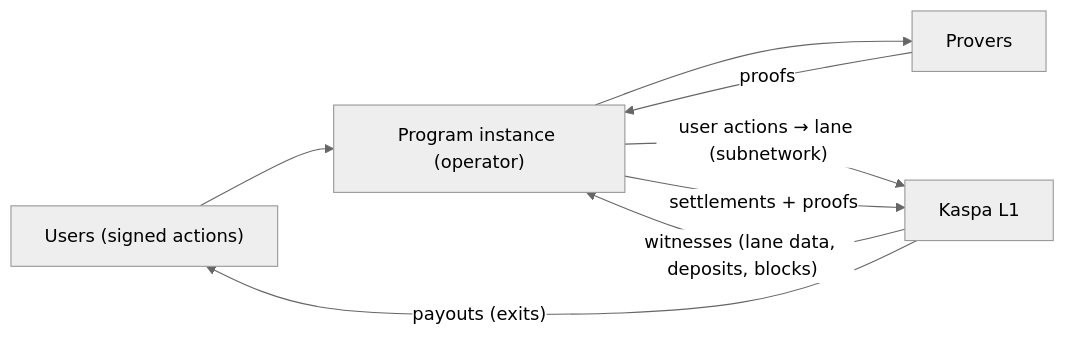
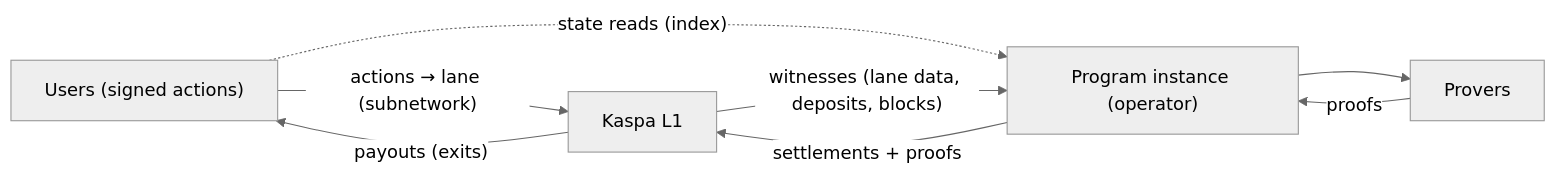
Before and after one commit to biryukovmaxim/vprogs-workshop: the diagram in src/based-rollup.md, drawn with Mermaid (neutral theme). The commit also changed other lines of this file and 4 other files, not shown here.

Commit message:
workshop: review fixes — users publish to the lane themselves; spine diagram parse fix; minimal-not-zero scripting; conditional permission output; dev-mode security clause

````diff
--- a/src/based-rollup.md
+++ b/src/based-rollup.md
@@ -15,10 +15,10 @@
 ```mermaid
 flowchart LR
-    U["Users (signed actions)"] --> OP["Program instance (operator)"]
+    U["Users (signed actions)"] -- "actions → lane (subnetwork)" --> L1["Kaspa L1"]
+    U -. "state reads (index)" .-> OP["Program instance (operator)"]
     OP --> PR["Provers"]
     PR -- "proofs" --> OP
-    OP -- "user actions → lane (subnetwork)" --> L1["Kaspa L1"]
     OP -- "settlements + proofs" --> L1
     L1 -- "witnesses (lane data, deposits, blocks)" --> OP
     L1 -- "payouts (exits)" --> U
 ```
````
